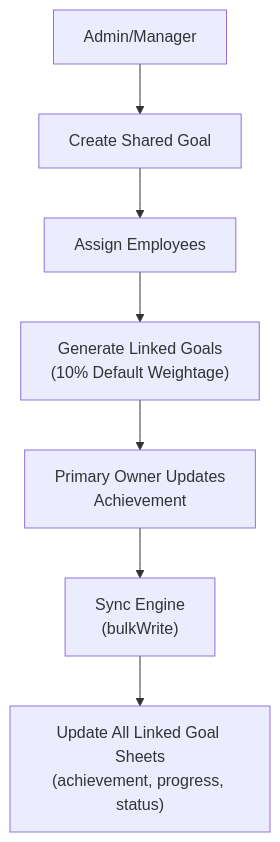
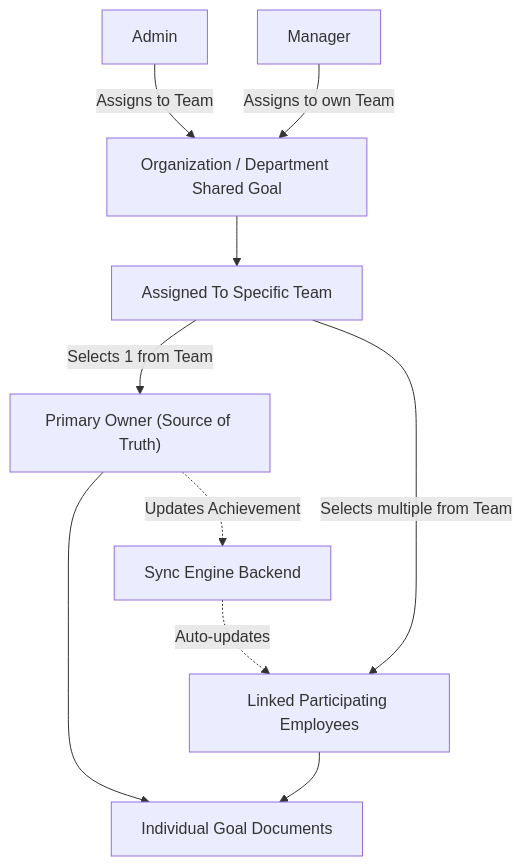
One commit to ishanrt119/atomquest changed the second of 7 diagrams in README.md. Above: the diagram before and after it, drawn with Mermaid. The commit also changed other lines of this file and 40 other files, not shown here.

Commit message:
shared goals updated

````diff
--- a/README.md
+++ b/README.md
@@ -58,17 +43,22 @@
 ```mermaid
 graph TD
-    AdminManager["Admin/Manager"]
-    CreateSharedGoal["Create Shared Goal"]
-    AssignEmployees["Assign Employees"]
-    GenerateLinkedGoals["Generate Linked Goals\n(10% Default Weightage)"]
-    PrimaryOwnerUpdates["Primary Owner Updates\nAchievement"]
-    SyncEngine["Sync Engine\n(bulkWrite)"]
-    UpdateLinked["Update All Linked Goal Sheets\n(achievement, progress, status)"]
+    Admin["Admin"]
+    Manager["Manager"]
+    SharedGoal["Organization / Department Shared Goal"]
+    TeamSelected["Assigned To Specific Team"]
+    PrimaryOwner["Primary Owner (Source of Truth)"]
+    Participating["Linked Participating Employees"]
+    GoalDocs["Individual Goal Documents"]
 
-    AdminManager --> CreateSharedGoal
-    CreateSharedGoal --> AssignEmployees
-    AssignEmployees --> GenerateLinkedGoals
-    GenerateLinkedGoals --> PrimaryOwnerUpdates
-    PrimaryOwnerUpdates --> SyncEngine
-    SyncEngine --> UpdateLinked
+    Admin -->|Assigns to Team| SharedGoal
+    Manager -->|Assigns to own Team| SharedGoal
+    SharedGoal --> TeamSelected
+    TeamSelected -->|Selects 1 from Team| PrimaryOwner
+    TeamSelected -->|Selects multiple from Team| Participating
+    
+    PrimaryOwner --> GoalDocs
+    Participating --> GoalDocs
+    
+    PrimaryOwner -.->|Updates Achievement| SyncEngine["Sync Engine Backend"]
+    SyncEngine -.->|Auto-updates| Participating
 ```
````
